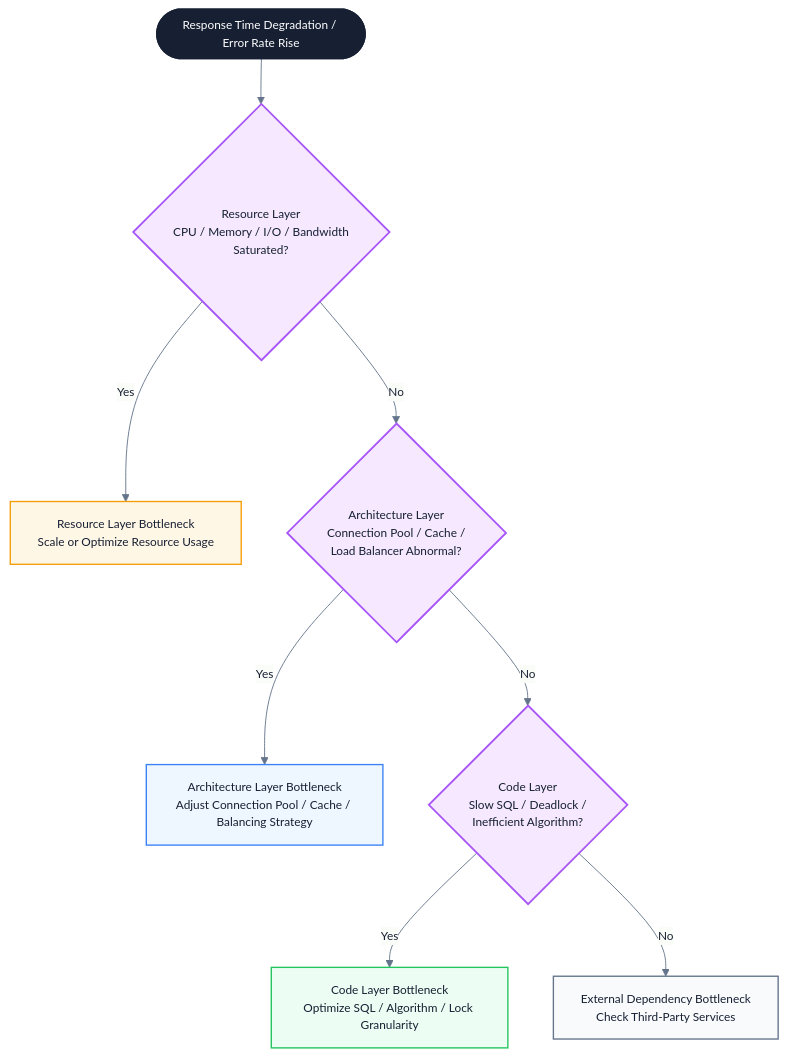
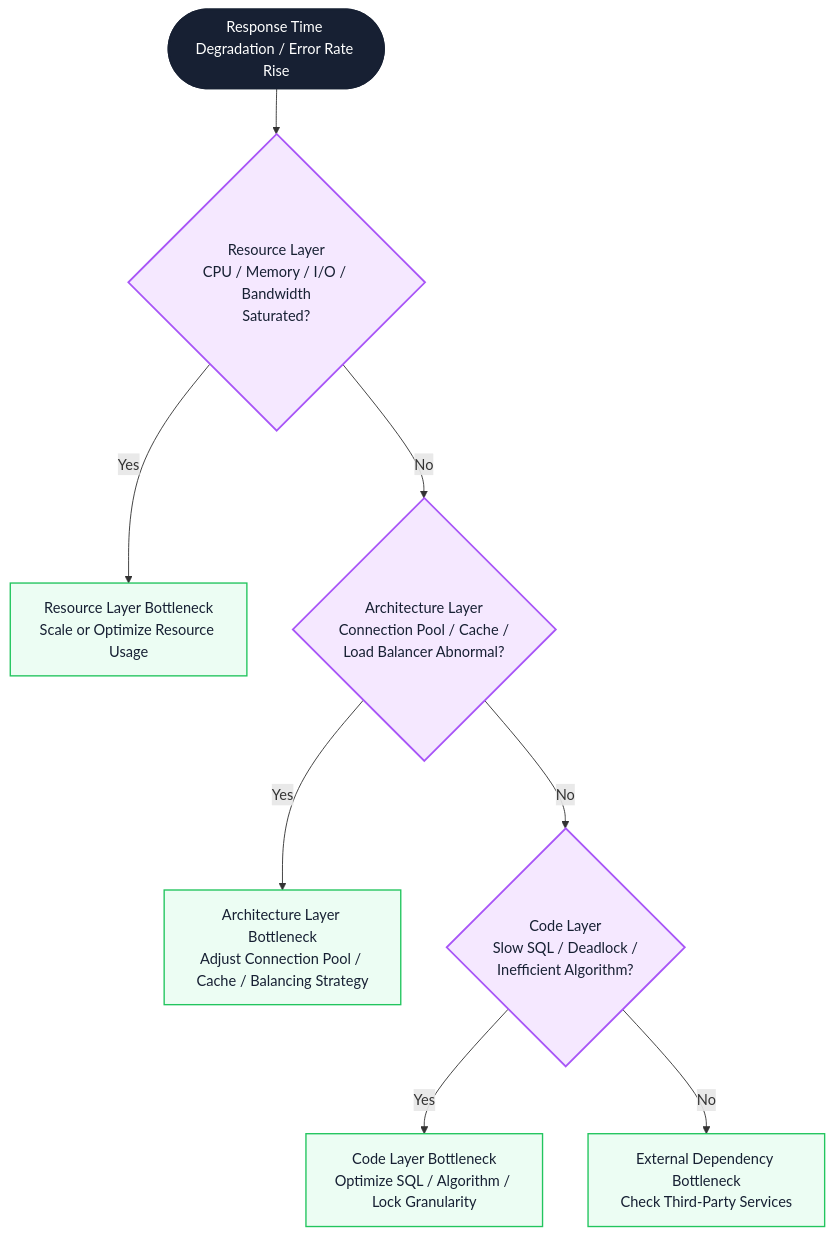
The fourth of 4 diagrams in docs/en/testing/load-testing-practice.md (Fatejian/frontier-vault), drawn with Mermaid before and after one commit. The commit also changed other lines of this file and 41 other files, not shown here.

````diff
--- a/docs/en/testing/load-testing-practice.md
+++ b/docs/en/testing/load-testing-practice.md
@@ -440,27 +398,20 @@
 ```mermaid
-%%{init: {'theme': 'base', 'themeVariables': { 'fontFamily': 'Inter, PingFang SC, Microsoft YaHei, sans-serif', 'primaryColor': '#F8FAFC', 'primaryTextColor': '#172033', 'primaryBorderColor': '#CBD5E1', 'lineColor': '#64748B', 'fontSize': '13px'}}}%%
 flowchart TB
     Start(["Response Time Degradation / Error Rate Rise"])
 
     Start --> Q1{"Resource Layer<br/>CPU / Memory / I/O / Bandwidth<br/>Saturated?"}
     Q1 -->|Yes| R1["Resource Layer Bottleneck<br/>Scale or Optimize Resource Usage"]
     Q1 -->|No| Q2{"Architecture Layer<br/>Connection Pool / Cache /<br/>Load Balancer Abnormal?"}
     Q2 -->|Yes| R2["Architecture Layer Bottleneck<br/>Adjust Connection Pool / Cache / Balancing Strategy"]
     Q2 -->|No| Q3{"Code Layer<br/>Slow SQL / Deadlock /<br/>Inefficient Algorithm?"}
     Q3 -->|Yes| R3["Code Layer Bottleneck<br/>Optimize SQL / Algorithm / Lock Granularity"]
     Q3 -->|No| R4["External Dependency Bottleneck<br/>Check Third-Party Services"]
 
-    classDef start fill:#172033,color:#fff,stroke:#172033,stroke-width:2px;
-    classDef question fill:#F5E8FF,stroke:#A855F7,color:#172033,stroke-width:2px;
-    classDef resource fill:#FFF7E6,stroke:#F59E0B,color:#172033,stroke-width:1.5px;
-    classDef arch fill:#EEF6FF,stroke:#3B82F6,color:#172033,stroke-width:1.5px;
-    classDef code fill:#ECFDF3,stroke:#22C55E,color:#172033,stroke-width:1.5px;
-    classDef external fill:#F8FAFC,stroke:#64748B,color:#172033,stroke-width:1.5px;
+    classDef core fill:#172033,color:#fff,stroke:#172033,stroke-width:2px;
+    classDef metric fill:#F5E8FF,stroke:#A855F7,color:#172033,stroke-width:2px;
+    classDef work fill:#ECFDF3,stroke:#22C55E,color:#172033,stroke-width:1.5px;
 
-    class Start start;
-    class Q1,Q2,Q3 question;
-    class R1 resource;
-    class R2 arch;
-    class R3 code;
-    class R4 external;
+    class Start core;
+    class Q1,Q2,Q3 metric;
+    class R1,R2,R3,R4 work;
 ```
````
